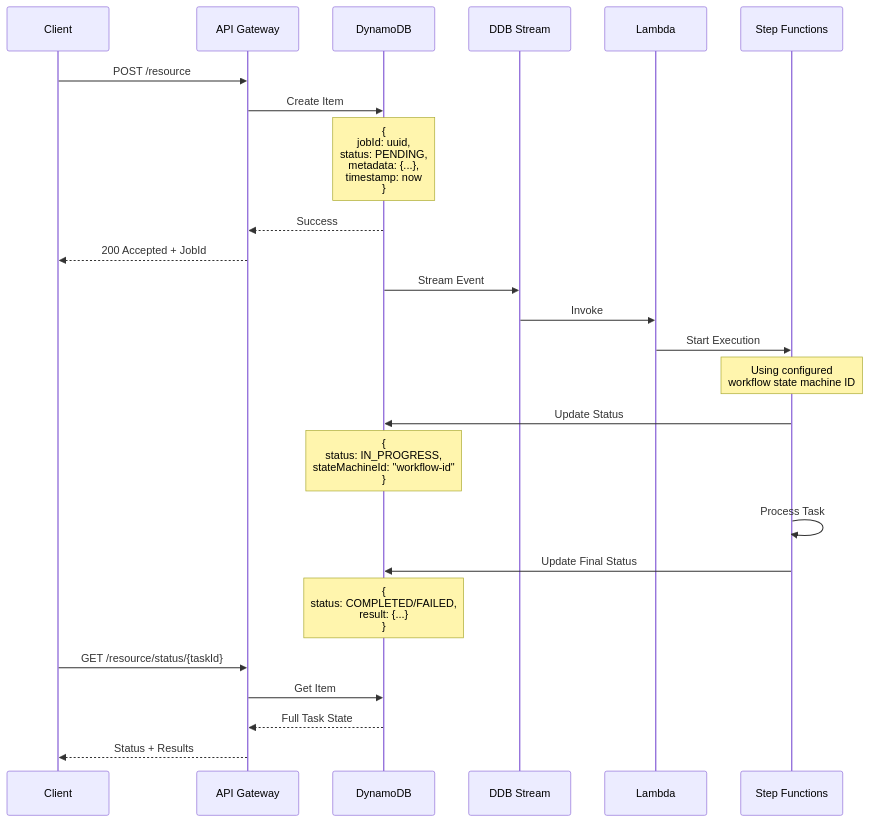
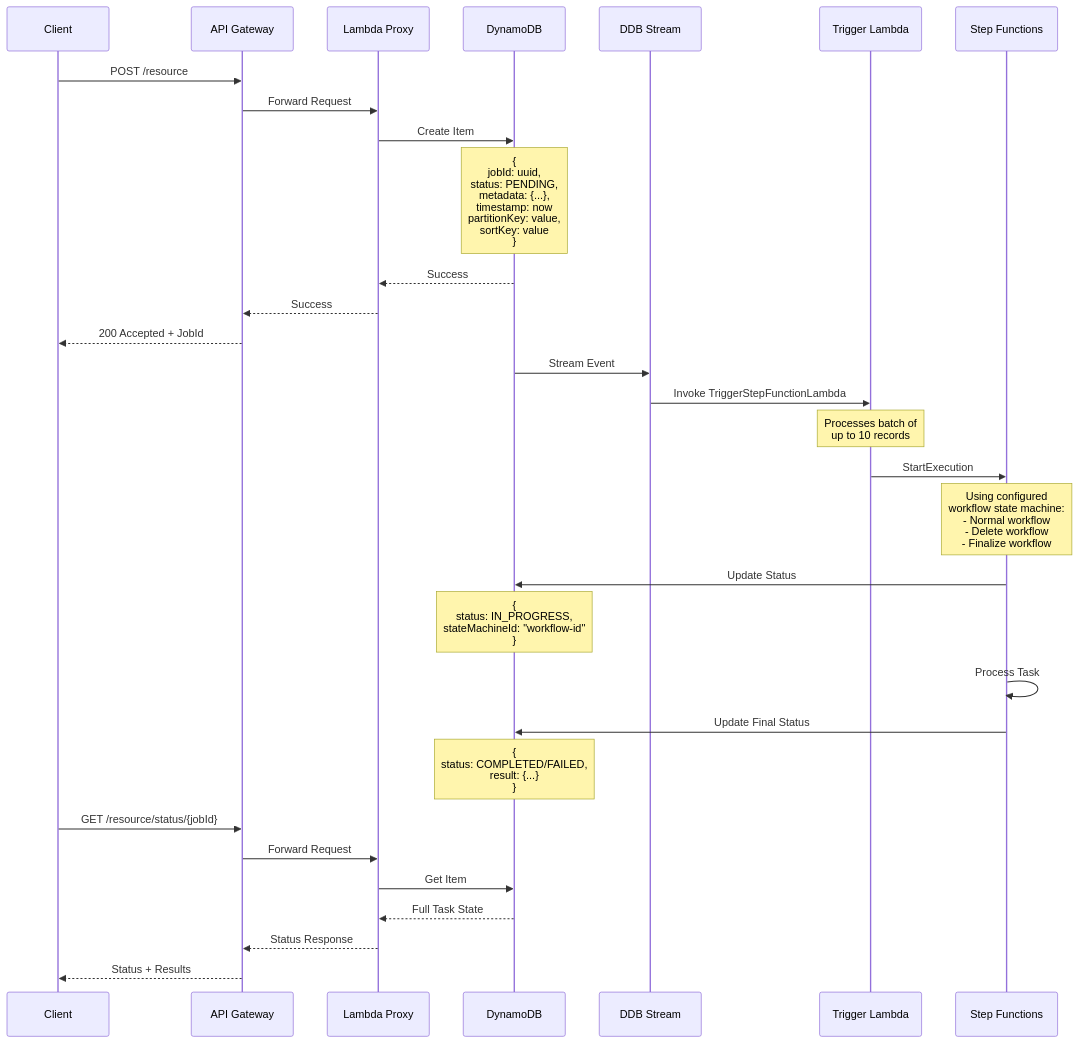
One commit to aws-solutions-library-samples/guidance-for-supporting-video-analysis-as-a-service-on-aws changed the diagram in deployment/README.md. Above: the diagram before and after it, drawn with Mermaid.

Commit message:
update mermaid for async workflow

````diff
--- a/deployment/README.md
+++ b/deployment/README.md
@@ -17,33 +17,40 @@
 ```mermaid
 sequenceDiagram
     participant Client
     participant API Gateway
+    participant Lambda Proxy
     participant DynamoDB
     participant DDB Stream
-    participant Lambda
+    participant Trigger Lambda
     participant Step Functions
 
     Client->>API Gateway: POST /resource
-    API Gateway->>DynamoDB: Create Item
-    Note over DynamoDB: {<br/>jobId: uuid,<br/>status: PENDING,<br/>metadata: {...},<br/>timestamp: now<br/>}
-    DynamoDB-->>API Gateway: Success
+    API Gateway->>Lambda Proxy: Forward Request
+    Lambda Proxy->>DynamoDB: Create Item
+    Note over DynamoDB: {<br/>jobId: uuid,<br/>status: PENDING,<br/>metadata: {...},<br/>timestamp: now<br/>partitionKey: value,<br/>sortKey: value<br/>}
+    DynamoDB-->>Lambda Proxy: Success
+    Lambda Proxy-->>API Gateway: Success
     API Gateway-->>Client: 200 Accepted + JobId
     
-    DynamoDB->>DDB Stream: Stream Event
-    DDB Stream->>Lambda: Invoke
-    Lambda->>Step Functions: Start Execution
-    Note over Step Functions: Using configured<br/> workflow state machine ID
+    DynamoDB->>DDB Stream: Stream Event 
+    DDB Stream->>Trigger Lambda: Invoke TriggerStepFunctionLambda
+    Note over Trigger Lambda: Processes batch of<br/>up to 10 records
+    
+    Trigger Lambda->>Step Functions: StartExecution
+    Note over Step Functions: Using configured<br/>workflow state machine:<br/>- Normal workflow<br/>- Delete workflow<br/>- Finalize workflow
     
     Step Functions->>DynamoDB: Update Status
     Note over DynamoDB: {<br/>status: IN_PROGRESS,<br/>stateMachineId: "workflow-id"<br/>}
     
     Step Functions->>Step Functions: Process Task
     
     Step Functions->>DynamoDB: Update Final Status
     Note over DynamoDB: {<br/>status: COMPLETED/FAILED,<br/>result: {...}<br/>}
     
-    Client->>API Gateway: GET /resource/status/{taskId}
-    API Gateway->>DynamoDB: Get Item
-    DynamoDB-->>API Gateway: Full Task State
+    Client->>API Gateway: GET /resource/status/{jobId}
+    API Gateway->>Lambda Proxy: Forward Request
+    Lambda Proxy->>DynamoDB: Get Item
+    DynamoDB-->>Lambda Proxy: Full Task State
+    Lambda Proxy-->>API Gateway: Status Response
     API Gateway-->>Client: Status + Results
 ```
````
